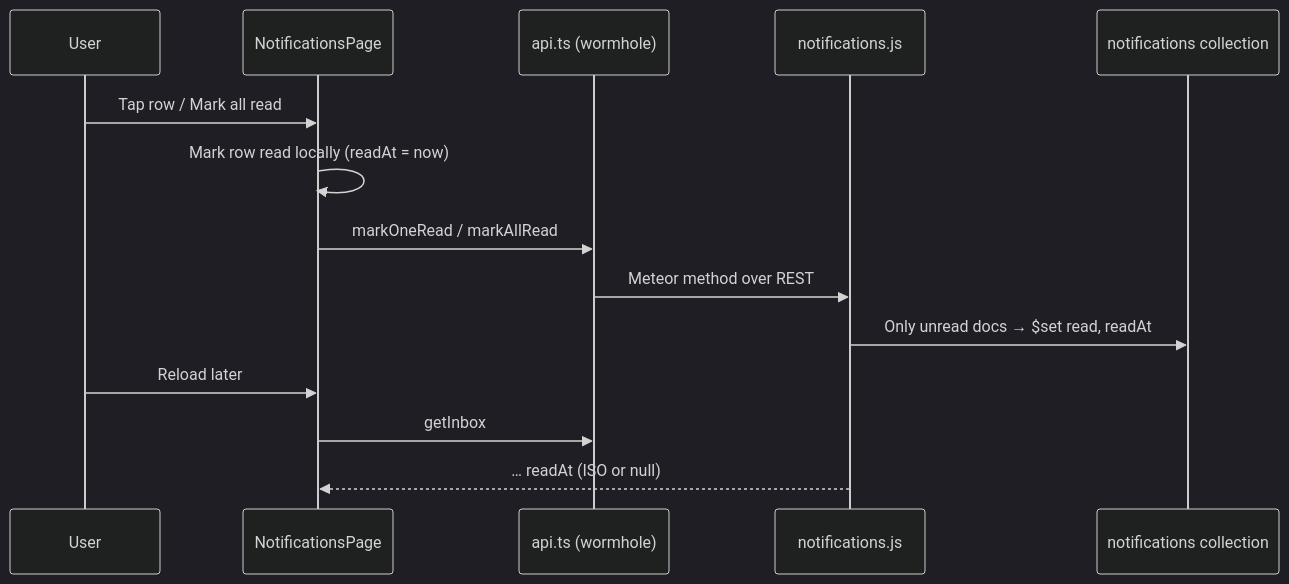
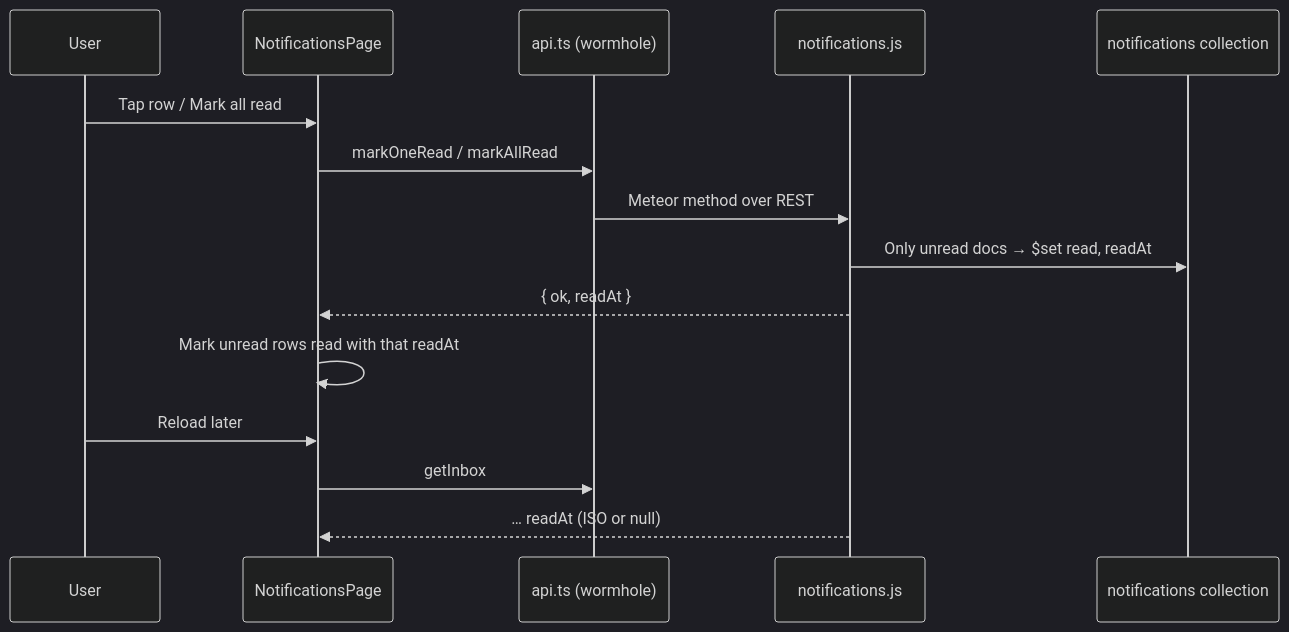
Before and after one commit to mieweb/timehuddle: the diagram in docs/notification-read-time-804-plan.md, drawn with Mermaid (dark theme). The commit also changed other lines of this file and 1 other file, not shown here.

First line of the commit message:
feat(notifications): save when a notification is first read (#804)

````diff
--- a/docs/notification-read-time-804-plan.md
+++ b/docs/notification-read-time-804-plan.md
@@ -24,17 +24,18 @@
 ```mermaid
 sequenceDiagram
     participant User
     participant InboxPage as NotificationsPage
     participant Api as api.ts (wormhole)
     participant Methods as notifications.js
     participant Mongo as notifications collection
 
     User->>InboxPage: Tap row / Mark all read
-    InboxPage->>InboxPage: Mark row read locally (readAt = now)
     InboxPage->>Api: markOneRead / markAllRead
     Api->>Methods: Meteor method over REST
     Methods->>Mongo: Only unread docs → $set read, readAt
+    Methods-->>InboxPage: { ok, readAt }
+    InboxPage->>InboxPage: Mark unread rows read with that readAt
     User->>InboxPage: Reload later
     InboxPage->>Api: getInbox
     Methods-->>InboxPage: … readAt (ISO or null)
 ```
````
